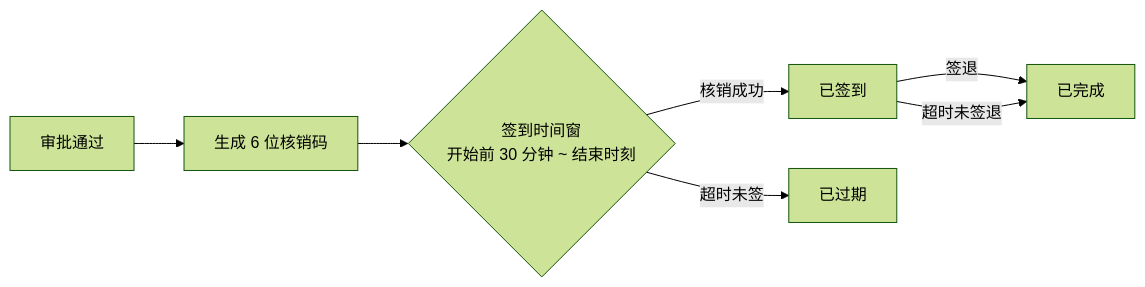
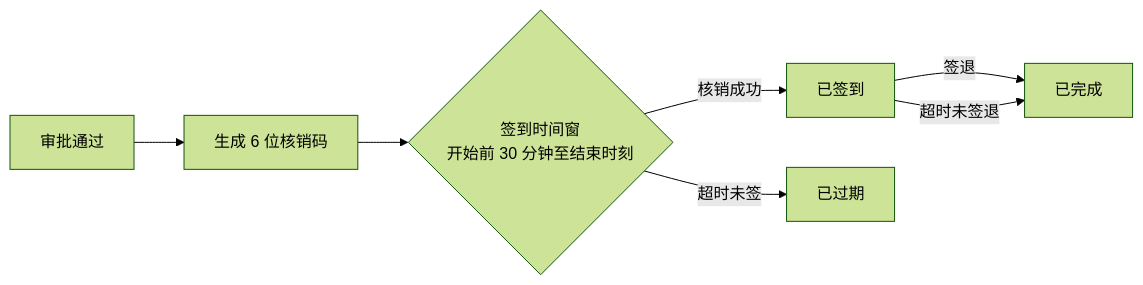
The third of 4 diagrams in README.md (Wink-wangchuan/lab-reservation-system), drawn with Mermaid (forest theme) before and after one commit. The commit also changed other lines of this file, not shown here.

First line of the commit message:
docs: 修正 README 中 Mermaid 图表的解析问题

````diff
--- a/README.md
+++ b/README.md
@@ -338,9 +342,9 @@
 ```mermaid
 flowchart LR
-    A[审批通过] --> B[生成 6 位核销码]
-    B --> C{签到时间窗<br/>开始前 30 分钟 ~ 结束时刻}
-    C -->|核销成功| D[已签到]
-    C -->|超时未签| E[已过期]
-    D -->|签退| F[已完成]
-    D -->|超时未签退| F
+    A["审批通过"] --> B["生成 6 位核销码"]
+    B --> C{"签到时间窗<br/>开始前 30 分钟至结束时刻"}
+    C -->|"核销成功"| D["已签到"]
+    C -->|"超时未签"| E["已过期"]
+    D -->|"签退"| F["已完成"]
+    D -->|"超时未签退"| F
 ```
````
